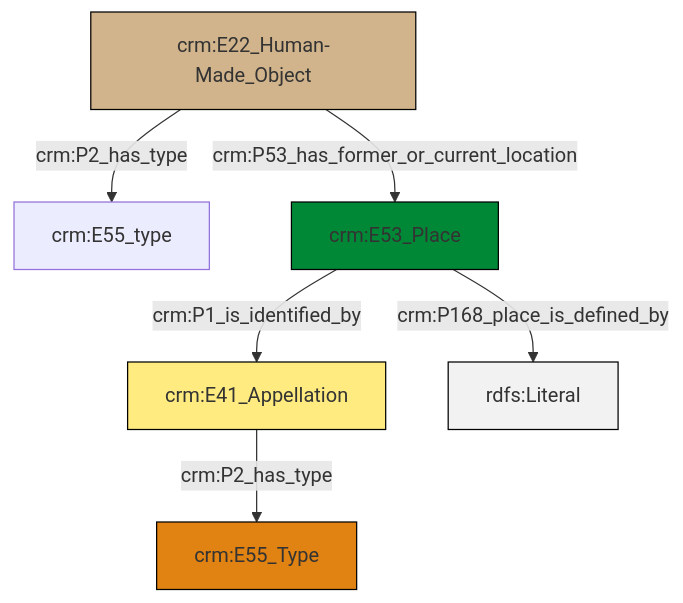
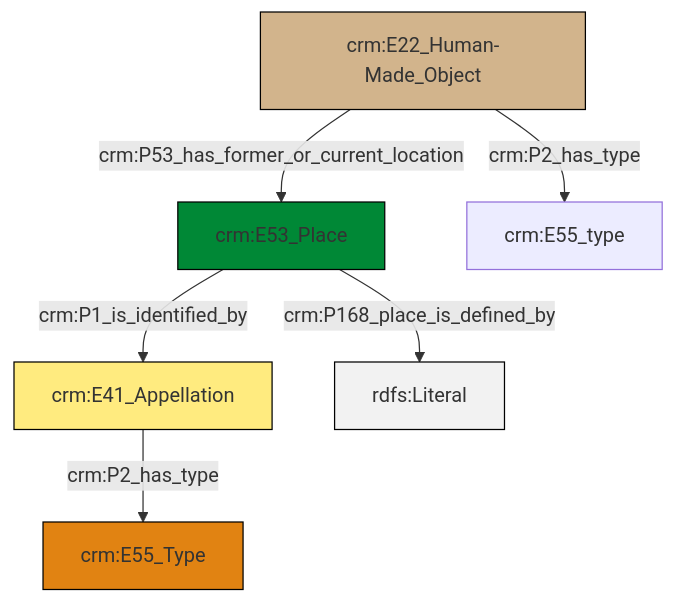
Before and after one commit to swiss-art-research-net/reference-data-models: the diagram in et/builtWorkCSV/ttl/mmd/Built_Work_location.ttl.mmd, drawn with Mermaid. The commit also changed 128 other files, not shown here.

```diff
--- a/et/builtWorkCSV/ttl/mmd/Built_Work_location.ttl.mmd
+++ b/et/builtWorkCSV/ttl/mmd/Built_Work_location.ttl.mmd
@@ -1,20 +1,20 @@
 graph TD
 classDef Literal fill:#f2f2f2,stroke:#000000;
 classDef CRM_Entity fill:#FFFFFF,stroke:#000000;
 classDef Temporal_Entity fill:#00C9E6, stroke:#000000;
 classDef Type fill:#E18312, stroke:#000000;
 classDef Time-Span fill:#2C9C91, stroke:#000000;
 classDef Appellation fill:#FFEB7F, stroke:#000000;
 classDef Place fill:#008836, stroke:#000000;
 classDef Persistent_Item fill:#B266B2, stroke:#000000;
 classDef Conceptual_Object fill:#FFD700, stroke:#000000;
 classDef Physical_Thing fill:#D2B48C, stroke:#000000;
 classDef Actor fill:#f58aad, stroke:#000000;
 classDef PC_Classes fill:#4ce600, stroke:#000000;
 classDef Multi fill:#cccccc,stroke:#000000;
 
-0["crm:E22_Human-Made_Object"]:::Physical_Thing -->|crm:P2_has_type| 1["crm:E55_type"]:::Default
-4["crm:E41_Appellation"]:::Appellation -->|crm:P2_has_type| 2["crm:E55_Type"]:::Type
-5["crm:E53_Place"]:::Place -->|crm:P168_place_is_defined_by| 6[rdfs:Literal]:::Literal
-5["crm:E53_Place"]:::Place -->|crm:P1_is_identified_by| 4["crm:E41_Appellation"]:::Appellation
-0["crm:E22_Human-Made_Object"]:::Physical_Thing -->|crm:P53_has_former_or_current_location| 5["crm:E53_Place"]:::Place
+0["crm:E53_Place"]:::Place -->|crm:P1_is_identified_by| 1["crm:E41_Appellation"]:::Appellation
+7["crm:E22_Human-Made_Object"]:::Physical_Thing -->|crm:P2_has_type| 5["crm:E55_type"]:::Default
+0["crm:E53_Place"]:::Place -->|crm:P168_place_is_defined_by| 9[rdfs:Literal]:::Literal
+1["crm:E41_Appellation"]:::Appellation -->|crm:P2_has_type| 3["crm:E55_Type"]:::Type
+7["crm:E22_Human-Made_Object"]:::Physical_Thing -->|crm:P53_has_former_or_current_location| 0["crm:E53_Place"]:::Place
```
